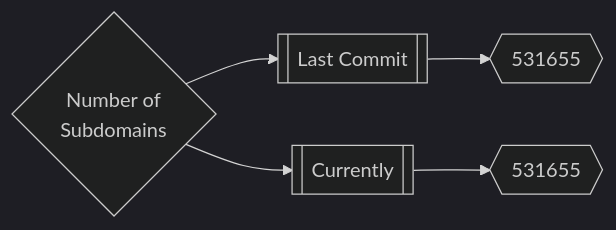
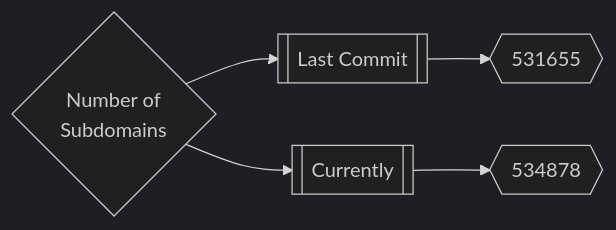
Before and after one commit to trickest/inventory: the first of 3 diagrams in README.md, drawn with Mermaid (dark theme). The commit also changed other lines of this file, not shown here.

````diff
--- a/README.md
+++ b/README.md
@@ -165,5 +165,5 @@
 ```mermaid
 graph LR
 title{Number of<br>Subdomains} --> subdomainsDate1[[Last Commit]] --> subdomainsNum1{{531655}}
-title --> subdomainsDate2[[Currently]] --> subdomainsNum2{{531655}}
+title --> subdomainsDate2[[Currently]] --> subdomainsNum2{{534878}}
 ```
````
